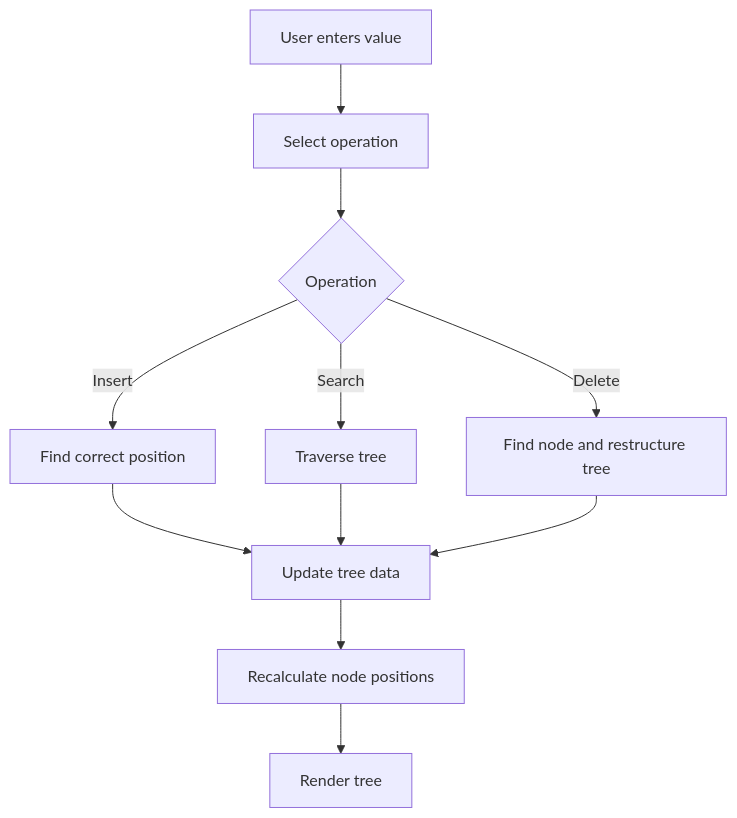
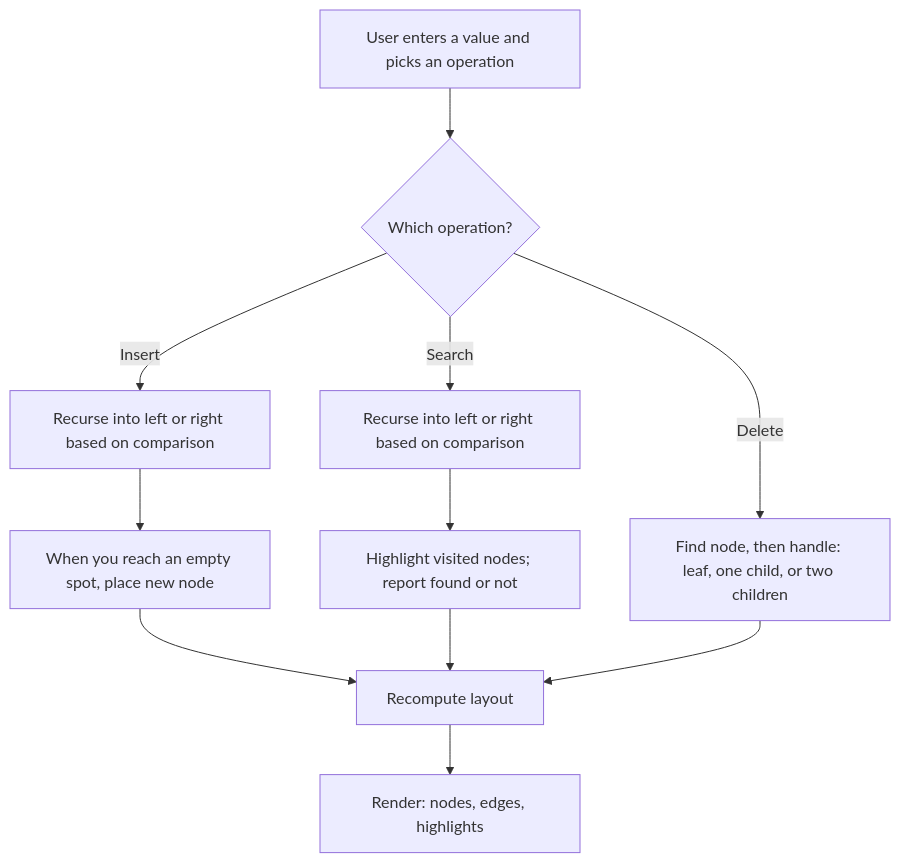
One commit to rmalkevy/Programming-Practice-Projects changed the diagram in labs/lab-06-digital-tree-visualizer.md. Above: the diagram before and after it, drawn with Mermaid. The commit also changed other lines of this file and 3 other files, not shown here.

````diff
--- a/labs/lab-06-digital-tree-visualizer.md
+++ b/labs/lab-06-digital-tree-visualizer.md
@@ -37,13 +48,13 @@
 ```mermaid
 flowchart TD
-    A[User enters value] --> B[Select operation]
-    B --> C{Operation}
-    C -- Insert --> D[Find correct position]
-    C -- Search --> E[Traverse tree]
-    C -- Delete --> F[Find node and restructure tree]
-    D --> G[Update tree data]
-    E --> G
-    F --> G
-    G --> H[Recalculate node positions]
-    H --> I[Render tree]
+    A[User enters a value and picks an operation] --> B{Which operation?}
+    B -- Insert --> C[Recurse into left or right based on comparison]
+    C --> D[When you reach an empty spot, place new node]
+    B -- Search --> E[Recurse into left or right based on comparison]
+    E --> F[Highlight visited nodes; report found or not]
+    B -- Delete --> G[Find node, then handle: leaf, one child, or two children]
+    D --> H[Recompute layout]
+    F --> H
+    G --> H
+    H --> I[Render: nodes, edges, highlights]
 ```
````
